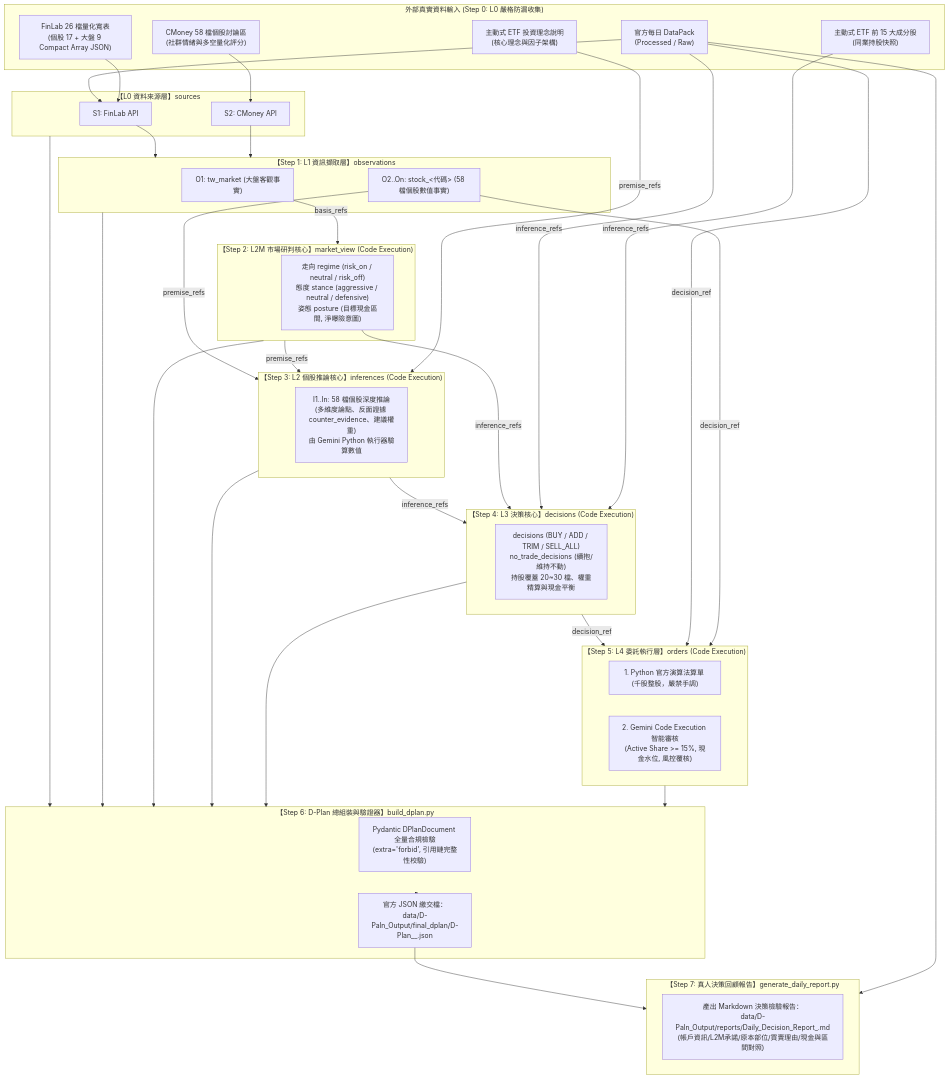
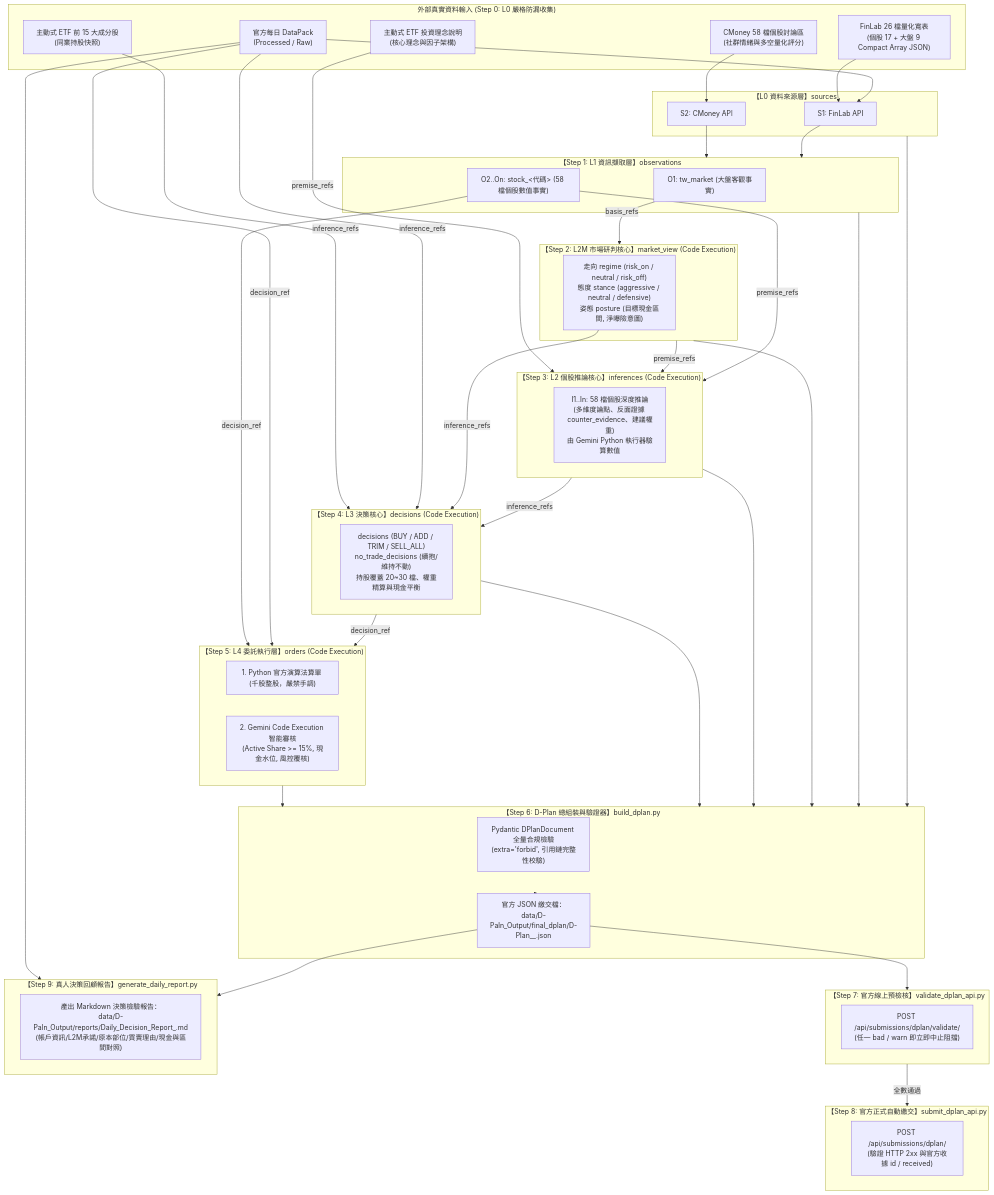
One commit to codyliao0327/esun-ai-cup-2026 changed the second of 2 diagrams in README.md. Above: the diagram before and after it, drawn with Mermaid. The commit also changed other lines of this file and 18 other files, not shown here.

````diff
--- a/README.md
+++ b/README.md
@@ -137,58 +141,68 @@
 ```mermaid
 flowchart TD
     subgraph Data_Inputs["外部真實資料輸入 (Step 0: L0 嚴格防漏收集)"]
         DP["官方每日 DataPack\n(Processed / Raw)"]
         FL["FinLab 26 檔量化寬表\n(個股 17 + 大盤 9 Compact Array JSON)"]
         CM["CMoney 58 檔個股討論區\n(社群情緒與多空量化評分)"]
         ETF_H["主動式 ETF 前 15 大成分股\n(同業持股快照)"]
         ETF_S["主動式 ETF 投資理念說明\n(核心理念與因子架構)"]
     end
 
     subgraph L0["【L0 資料來源層】sources"]
         S1["S1: FinLab API"]
         S2["S2: CMoney API"]
     end
 
     subgraph L1["【Step 1: L1 資訊擷取層】observations"]
         O_MKT["O1: tw_market (大盤客觀事實)"]
         O_STK["O2..On: stock_<代碼> (58 檔個股數值事實)"]
     end
 
     subgraph L2M["【Step 2: L2M 市場研判核心】market_view (Code Execution)"]
         MV["走向 regime (risk_on / neutral / risk_off)\n態度 stance (aggressive / neutral / defensive)\n姿態 posture (目標現金區間, 淨曝險意圖)"]
     end
 
     subgraph L2["【Step 3: L2 個股推論核心】inferences (Code Execution)"]
         INF["I1..In: 58 檔個股深度推論\n(多維度論點、反面證據 counter_evidence、建議權重)\n由 Gemini Python 執行器驗算數值"]
     end
 
     subgraph L3["【Step 4: L3 決策核心】decisions (Code Execution)"]
         DEC["decisions (BUY / ADD / TRIM / SELL_ALL)\nno_trade_decisions (續抱/維持不動)\n持股覆蓋 20~30 檔、權重精算與現金平衡"]
     end
 
     subgraph L4["【Step 5: L4 委託執行層】orders (Code Execution)"]
         ORD_PY["1. Python 官方演算法算單 (千股整股，嚴禁手調)"]
         ORD_LLM["2. Gemini Code Execution 智能審核\n(Active Share >= 15%, 現金水位, 風控覆核)"]
     end
 
     subgraph Assembler["【Step 6: D-Plan 總組裝與驗證器】build_dplan.py"]
         VAL["Pydantic DPlanDocument 全量合規檢驗\n(extra='forbid', 引用鏈完整性校驗)"]
         OUT["官方 JSON 繳交檔：\ndata/D-Paln_Output/final_dplan/D-Plan_<team_id>_<trade_date>.json"]
     end
 
-    subgraph ReviewReport["【Step 7: 真人決策回顧報告】generate_daily_report.py"]
+    subgraph Validate["【Step 7: 官方線上預檢核】validate_dplan_api.py"]
+        PRECHK["POST /api/submissions/dplan/validate/\n(任一 bad / warn 即立即中止阻擋)"]
+    end
+
+    subgraph Submit["【Step 8: 官方正式自動繳交】submit_dplan_api.py"]
+        POSTSUB["POST /api/submissions/dplan/\n(驗證 HTTP 2xx 與官方收據 id / received)"]
+    end
+
+    subgraph ReviewReport["【Step 9: 真人決策回顧報告】generate_daily_report.py"]
         REP["產出 Markdown 決策檢驗報告：\ndata/D-Paln_Output/reports/Daily_Decision_Report_<YYYYMMDD>.md\n(帳戶資訊/L2M承諾/原本部位/買賣理由/現金與區間對照)"]
     end
 
     DP --> S1
     FL --> S1
     CM --> S2
     S1 & S2 --> L1
     O_MKT -->|basis_refs| L2M
     O_STK & L2M & ETF_S -->|premise_refs| L2
     L2 & MV & DP & ETF_H -->|inference_refs| L3
     L3 & DP & O_STK -->|decision_ref| L4
     L0 & L1 & L2M & L2 & L3 & L4 --> Assembler
     Assembler --> OUT
+    OUT --> Validate
+    Validate -->|全數通過| Submit
     OUT & DP --> ReviewReport
 ```
````
